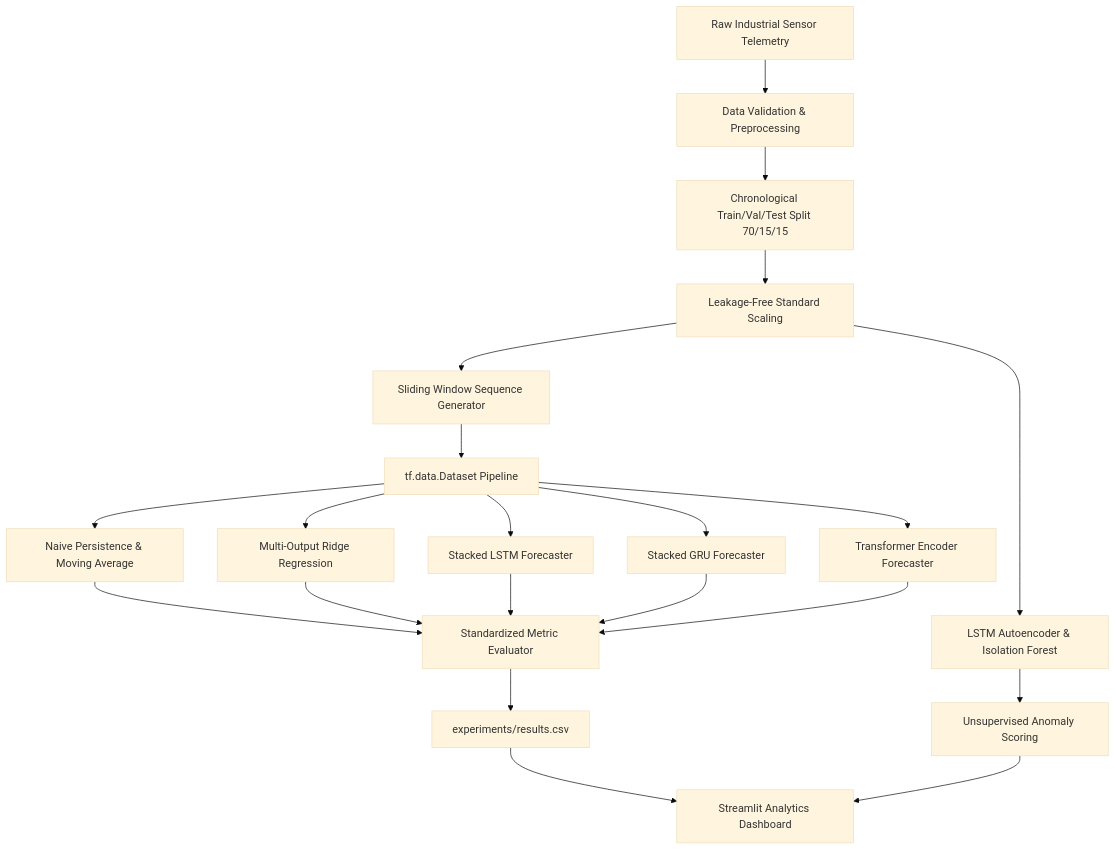
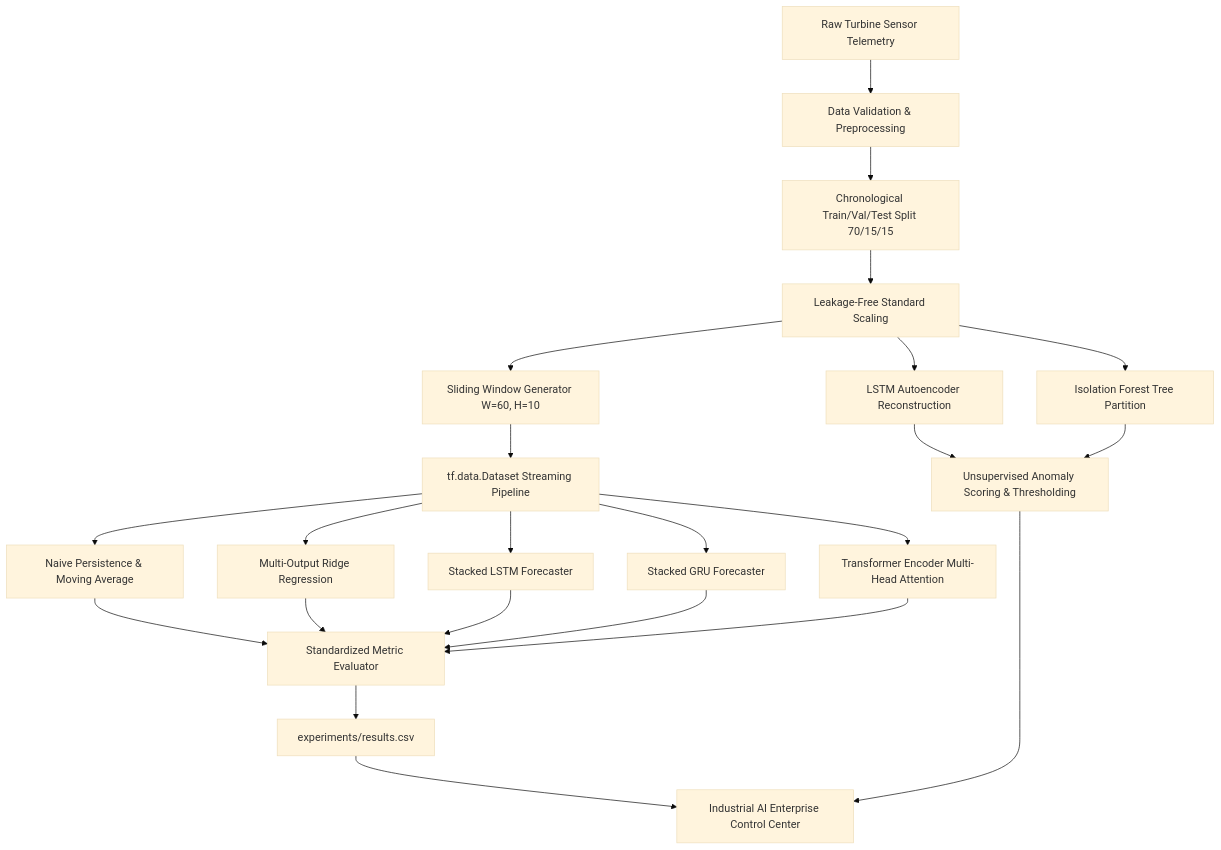
Before and after one commit to Anurag-snippet/TimeSeriesGPT-Transformer-Based-Multivariate-Forecasting: the diagram in README.md, drawn with Mermaid (base theme). The commit also changed other lines of this file, not shown here.

Commit message:
docs: update README with live Streamlit app link and enterprise platform features

````diff
--- a/README.md
+++ b/README.md
@@ -22,22 +39,23 @@
 ```mermaid
 graph TD
-    A[Raw Industrial Sensor Telemetry] --> B[Data Validation & Preprocessing]
+    A[Raw Turbine Sensor Telemetry] --> B[Data Validation & Preprocessing]
     B --> C[Chronological Train/Val/Test Split 70/15/15]
     C --> D[Leakage-Free Standard Scaling]
-    D --> E[Sliding Window Sequence Generator]
-    E --> F[tf.data.Dataset Pipeline]
+    D --> E[Sliding Window Generator W=60, H=10]
+    E --> F[tf.data.Dataset Streaming Pipeline]
     
     F --> G1[Naive Persistence & Moving Average]
     F --> G2[Multi-Output Ridge Regression]
     F --> G3[Stacked LSTM Forecaster]
     F --> G4[Stacked GRU Forecaster]
-    F --> G5[Transformer Encoder Forecaster]
+    F --> G5[Transformer Encoder Multi-Head Attention]
     
     G1 & G2 & G3 & G4 & G5 --> H[Standardized Metric Evaluator]
     H --> I[experiments/results.csv]
     
-    D --> J[LSTM Autoencoder & Isolation Forest]
-    J --> K[Unsupervised Anomaly Scoring]
+    D --> J1[LSTM Autoencoder Reconstruction]
+    D --> J2[Isolation Forest Tree Partition]
+    J1 & J2 --> K[Unsupervised Anomaly Scoring & Thresholding]
     
-    I & K --> L[Streamlit Analytics Dashboard]
+    I & K --> L[Industrial AI Enterprise Control Center]
 ```
````
